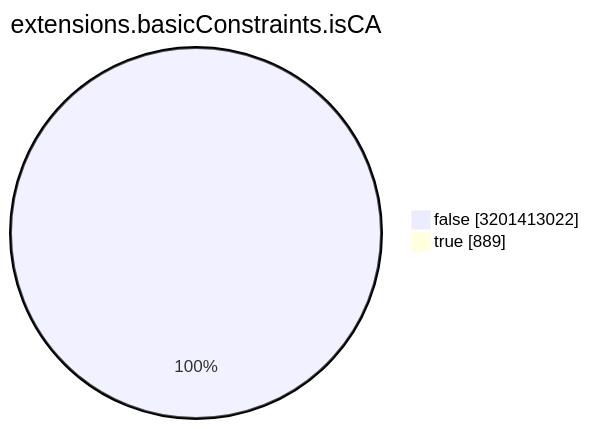
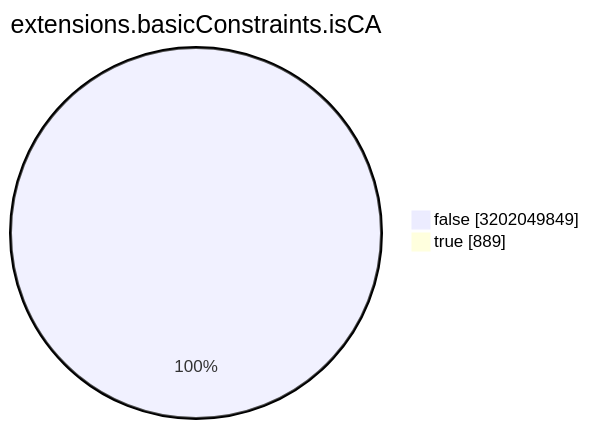
Before and after one commit to christiankrug/ctmonitor_visualization: the seventh of 15 diagrams in TOTAL/README.md, drawn with Mermaid. The commit also changed other lines of this file, not shown here.

````diff
--- a/TOTAL/README.md
+++ b/TOTAL/README.md
@@ -3088,6 +3088,6 @@
 ```mermaid
 pie showData
 title extensions.basicConstraints.isCA
-"false" :3201413022
+"false" :3202049849
 "true" :889
 ```
````
